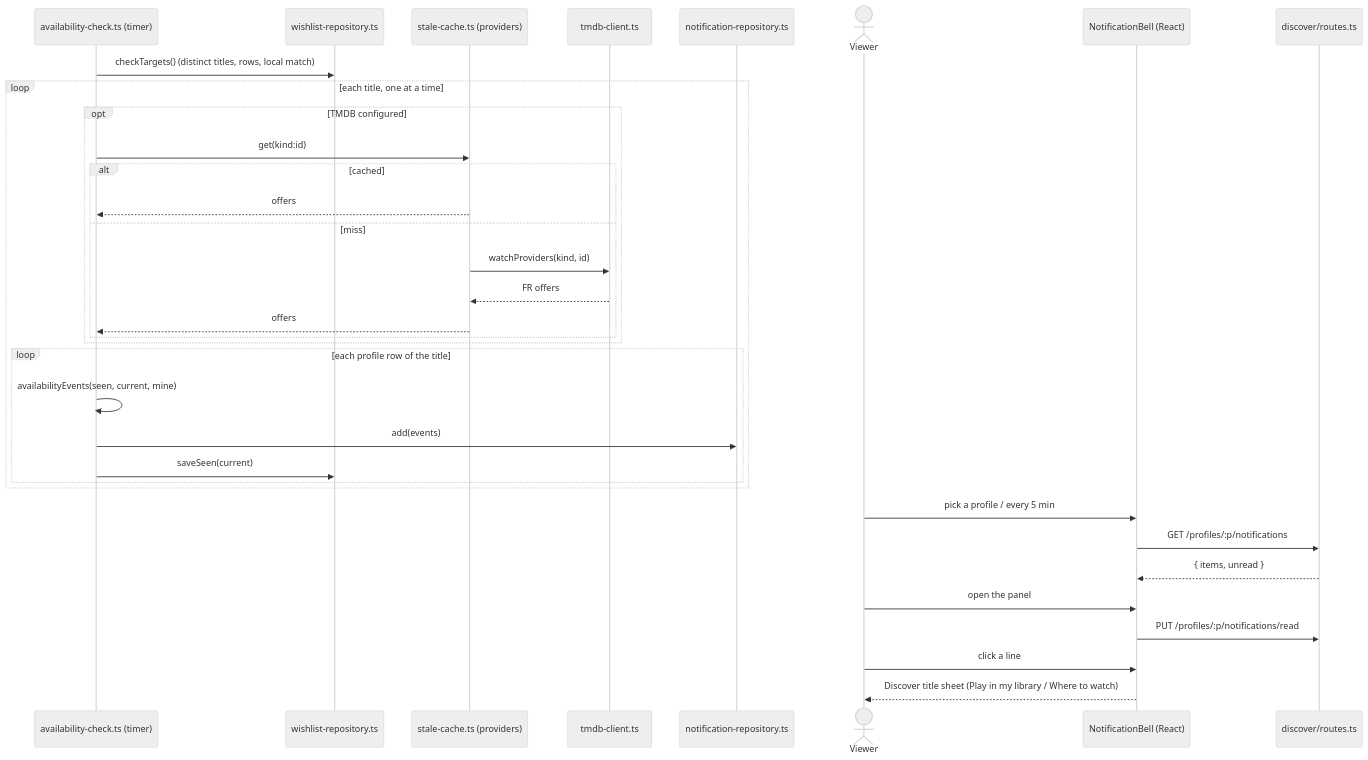
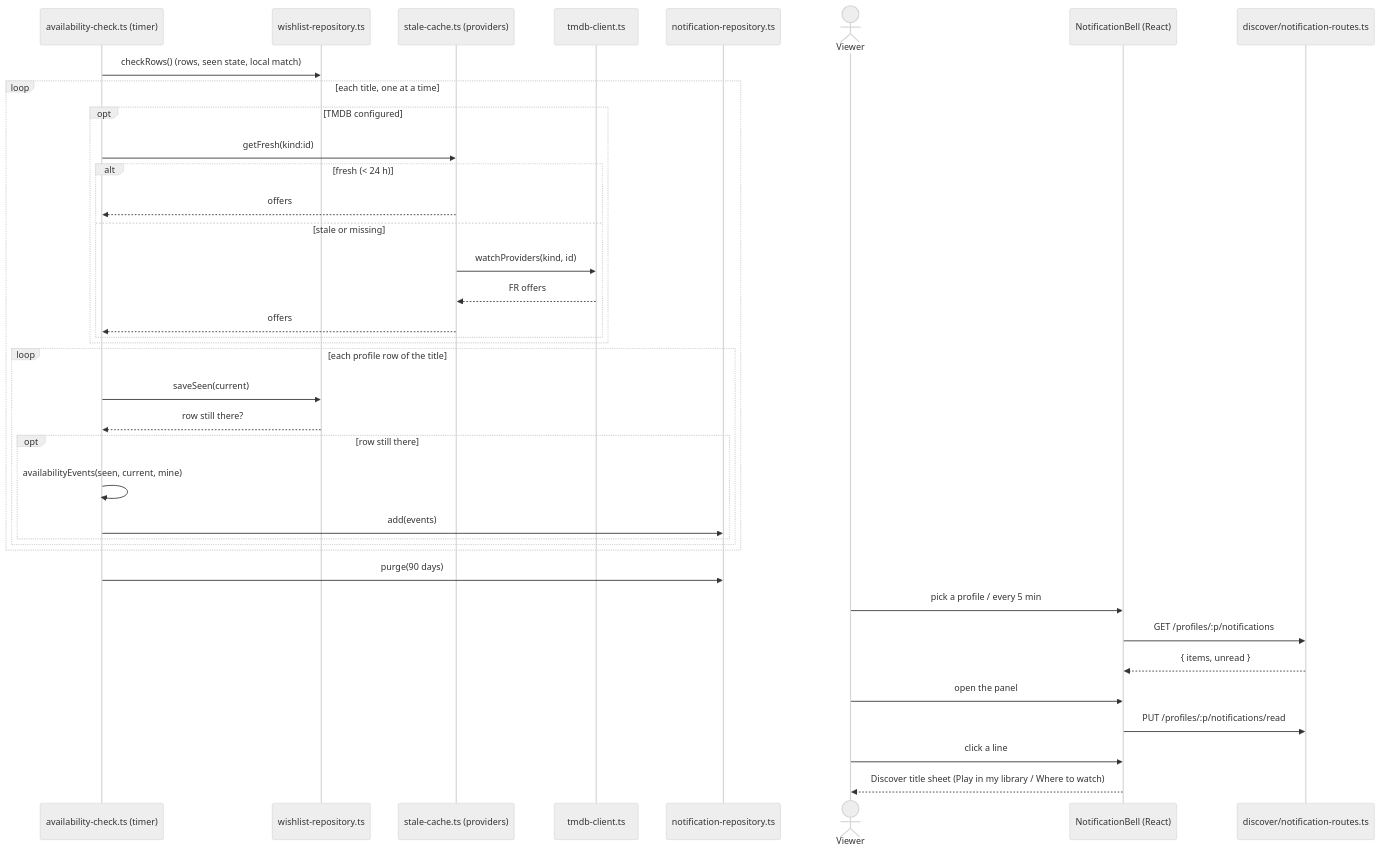
Before and after one commit to benoit-bremaud/popcorntv: the diagram in docs/architecture/diagrams/catalog/10-sequence-wishlist-check.md, drawn with Mermaid (neutral theme). The commit also changed 22 other files, not shown here.

````diff
--- a/docs/architecture/diagrams/catalog/10-sequence-wishlist-check.md
+++ b/docs/architecture/diagrams/catalog/10-sequence-wishlist-check.md
@@ -11,37 +11,41 @@
 ```mermaid
 sequenceDiagram
   participant Timer as availability-check.ts (timer)
   participant Wish as wishlist-repository.ts
   participant Cache as stale-cache.ts (providers)
   participant Tmdb as tmdb-client.ts
   participant Notes as notification-repository.ts
   actor Viewer
   participant Bell as NotificationBell (React)
-  participant Routes as discover/routes.ts
+  participant Routes as discover/notification-routes.ts
 
-  Timer->>Wish: checkTargets() (distinct titles, rows, local match)
+  Timer->>Wish: checkRows() (rows, seen state, local match)
   loop each title, one at a time
     opt TMDB configured
-      Timer->>Cache: get(kind:id)
-      alt cached
+      Timer->>Cache: getFresh(kind:id)
+      alt fresh (< 24 h)
         Cache-->>Timer: offers
-      else miss
+      else stale or missing
         Cache->>Tmdb: watchProviders(kind, id)
         Tmdb-->>Cache: FR offers
         Cache-->>Timer: offers
       end
     end
     loop each profile row of the title
-      Timer->>Timer: availabilityEvents(seen, current, mine)
-      Timer->>Notes: add(events)
       Timer->>Wish: saveSeen(current)
+      Wish-->>Timer: row still there?
+      opt row still there
+        Timer->>Timer: availabilityEvents(seen, current, mine)
+        Timer->>Notes: add(events)
+      end
     end
   end
+  Timer->>Notes: purge(90 days)
   Viewer->>Bell: pick a profile / every 5 min
   Bell->>Routes: GET /profiles/:p/notifications
   Routes-->>Bell: { items, unread }
   Viewer->>Bell: open the panel
   Bell->>Routes: PUT /profiles/:p/notifications/read
   Viewer->>Bell: click a line
   Bell-->>Viewer: Discover title sheet (Play in my library / Where to watch)
 ```
````
